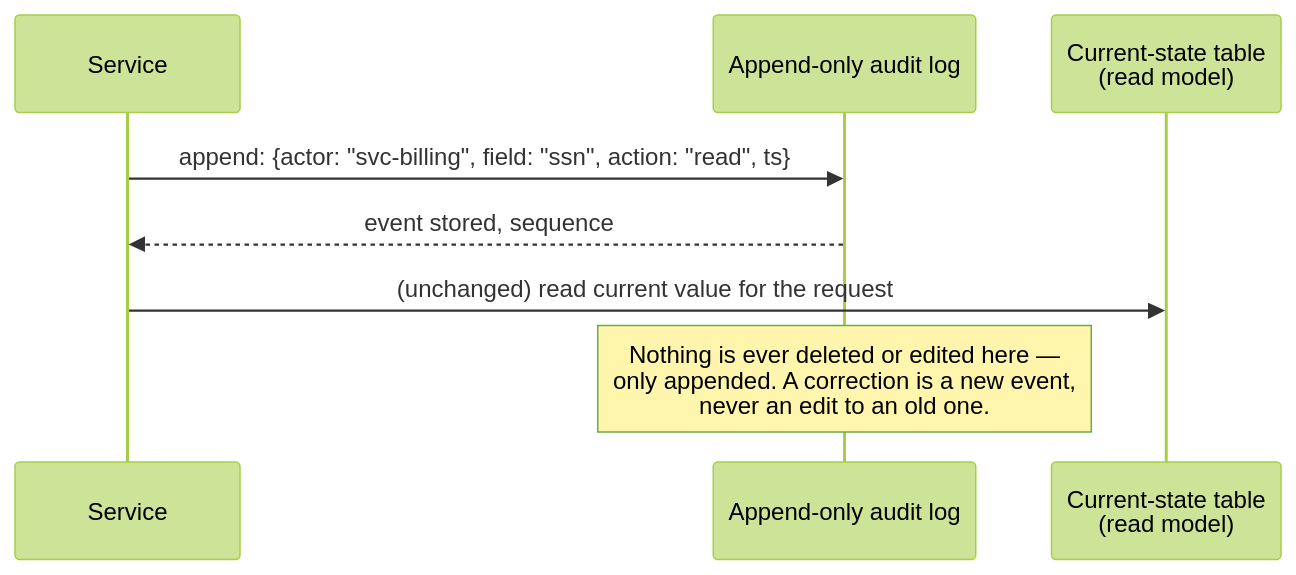
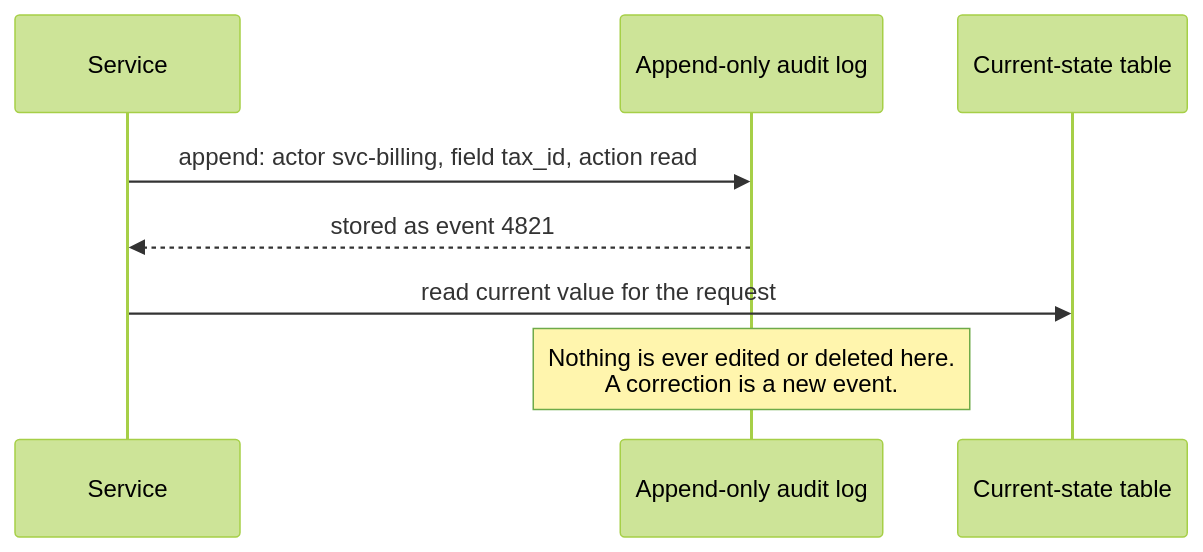
The first of 3 diagrams in src/content/architecture/architecture-for-compliance/L2-concept.mdx (francoandreDev/knowledge), drawn with Mermaid (forest theme) before and after one commit. The commit also changed other lines of this file and 18 other files, not shown here.

Commit message:
Migrate architecture batch 4 (architecture-for-compliance, cost-aware-architecture, architecture-review, technical-strategy-roadmapping) to the three-tier exercise model

````diff
--- a/src/content/architecture/architecture-for-compliance/L2-concept.mdx
+++ b/src/content/architecture/architecture-for-compliance/L2-concept.mdx
@@ -38,10 +39,10 @@
 ```mermaid
 sequenceDiagram
     participant Svc as Service
     participant Log as Append-only audit log
-    participant DB as Current-state table<br/>(read model)
-    Svc->>Log: append: {actor: "svc-billing", field: "ssn", action: "read", ts}
-    Log-->>Svc: event stored, sequence #4821
-    Svc->>DB: (unchanged) read current value for the request
-    Note over Log: Nothing is ever deleted or edited here —<br/>only appended. A correction is a new event,<br/>never an edit to an old one.
+    participant DB as Current-state table
+    Svc->>Log: append: actor svc-billing, field tax_id, action read
+    Log-->>Svc: stored as event 4821
+    Svc->>DB: read current value for the request
+    Note over Log: Nothing is ever edited or deleted here.<br/>A correction is a new event.
 ```
````
